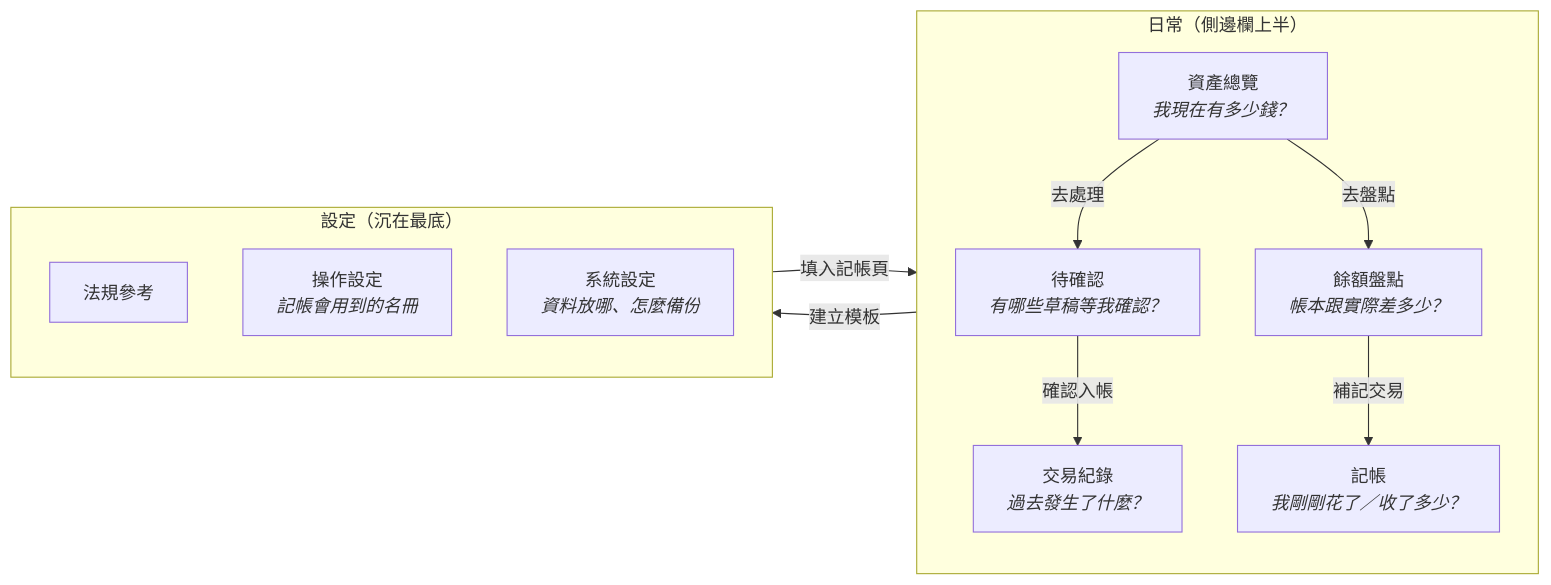
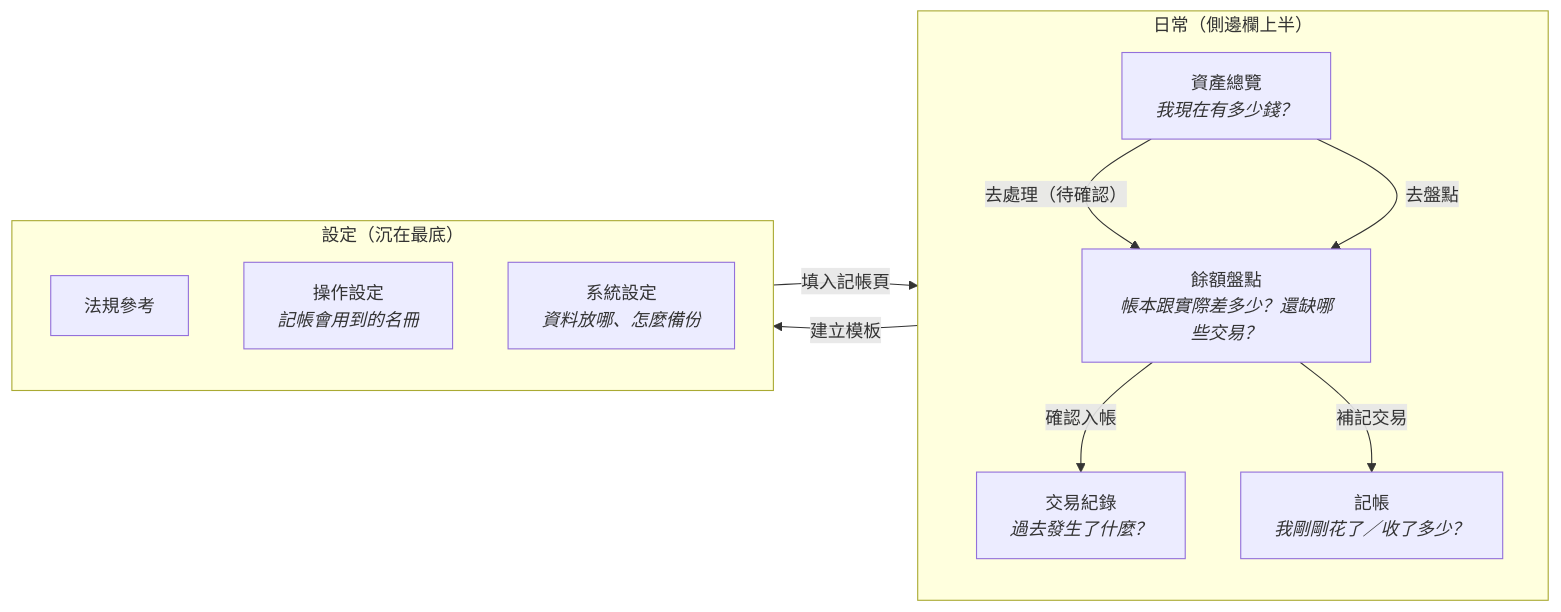
Before and after one commit to SpringRain555/tagcor-ledger: the first of 3 diagrams in docs/architecture/ui-workflows.md, drawn with Mermaid. The commit also changed other lines of this file and 23 other files, not shown here.

````diff
--- a/docs/architecture/ui-workflows.md
+++ b/docs/architecture/ui-workflows.md
@@ -27,23 +26,22 @@
 ```mermaid
 flowchart LR
     subgraph 日常["日常（側邊欄上半）"]
         direction TB
         A["資產總覽<br/><i>我現在有多少錢？</i>"]
         B["記帳<br/><i>我剛剛花了／收了多少？</i>"]
-        C["待確認<br/><i>有哪些草稿等我確認？</i>"]
         D["交易紀錄<br/><i>過去發生了什麼？</i>"]
-        E["餘額盤點<br/><i>帳本跟實際差多少？</i>"]
+        E["餘額盤點<br/><i>帳本跟實際差多少？還缺哪些交易？</i>"]
     end
     subgraph 設定["設定（沉在最底）"]
         direction TB
         F["法規參考"]
         G["操作設定<br/><i>記帳會用到的名冊</i>"]
         H["系統設定<br/><i>資料放哪、怎麼備份</i>"]
     end
-    A -->|去處理| C
+    A -->|去處理（待確認）| E
     A -->|去盤點| E
-    C -->|確認入帳| D
+    E -->|確認入帳| D
     D -->|建立模板| G
     E -->|補記交易| B
     G -->|填入記帳頁| B
 ```
````
